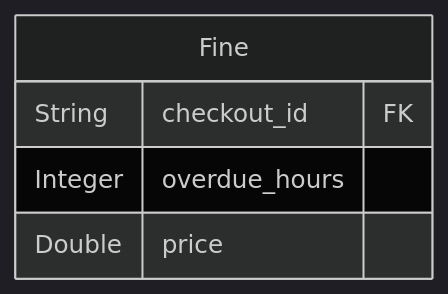
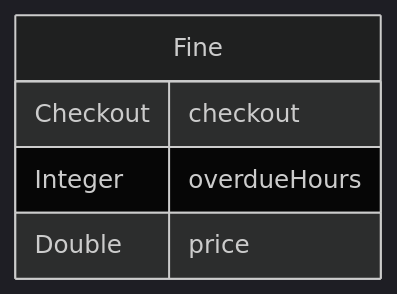
Before and after one commit to dung204/Library_Management_PRJ301: the seventh of 8 diagrams in README.md, drawn with Mermaid (dark theme). The commit also changed other lines of this file, not shown here.

````diff
--- a/README.md
+++ b/README.md
@@ -174,12 +228,12 @@
 ```mermaid
 erDiagram
     Fine {
-        String checkout_id FK
+        Checkout checkout
 
         %% Transient field
-        Integer overdue_hours
+        Integer overdueHours
 
         %% Transient field
         Double price
     }
 ```
````
